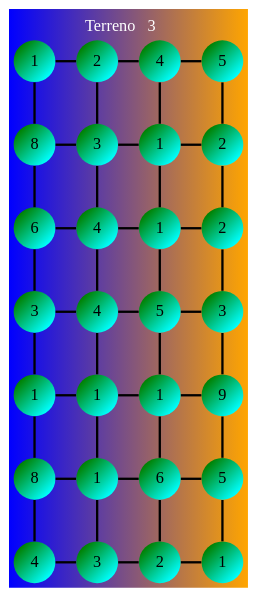
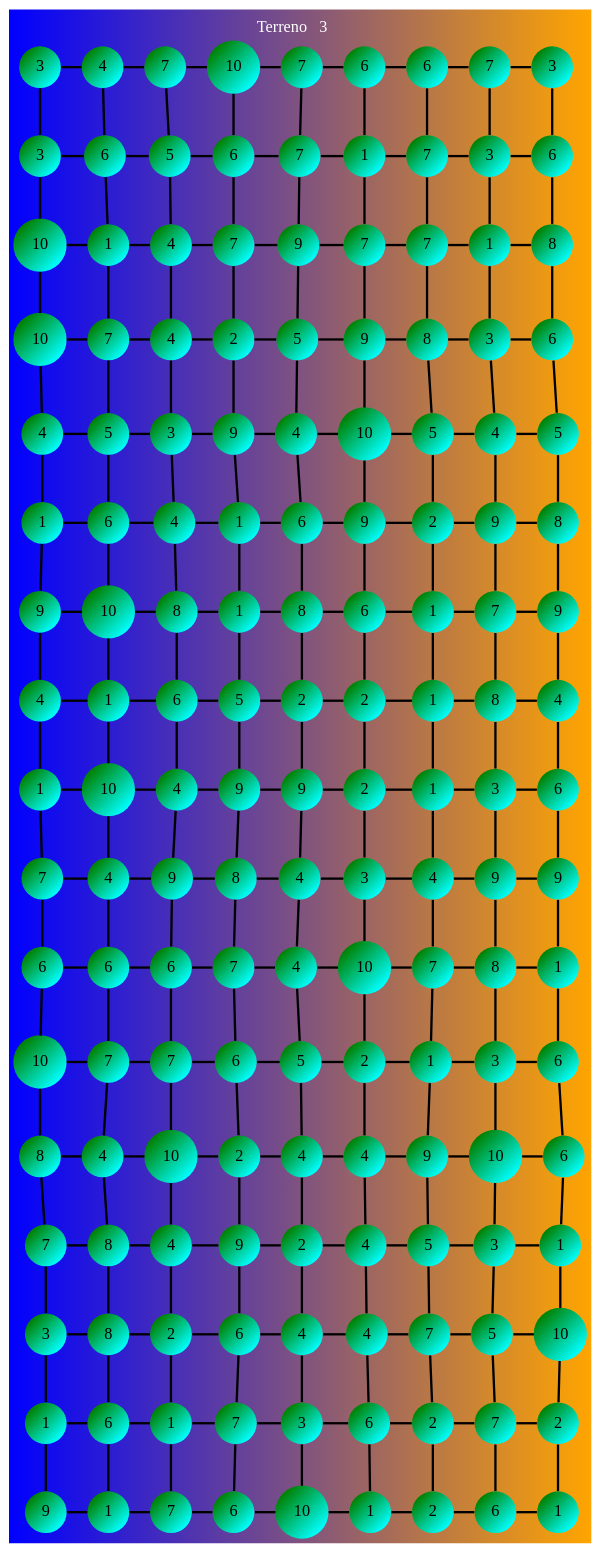
Before and after one commit to Alvaro-SP/IPC2_Proyecto1_202000194: the diagram in Graficos_generados/Grafico_3.dot, drawn with Graphviz. The commit also changed 20 other files, not shown here.

```diff
--- a/Graficos_generados/Grafico_3.dot
+++ b/Graficos_generados/Grafico_3.dot
@@ -1,51 +1,191 @@
 
         graph grid{
 	            layout=dot   
                 fontcolor="white" 
                 label=" Terreno   3    "    
                 labelloc = "t"
                 bgcolor="blue:orange"    
                 edge [weight=1000 style=radial color=black ]
                 node [shape=circle style="filled"  color="green:cyan" gradientangle="315"]
                 
                 edge [weight=1000 style=bold color=black]
 
-                    1 [ label="1" ]; 
-     2 [ label="2" ]; 
-     3 [ label="4" ]; 
-     4 [ label="5" ]; 
-     5 [ label="8" ]; 
-     6 [ label="3" ]; 
-     7 [ label="1" ]; 
-     8 [ label="2" ]; 
-     9 [ label="6" ]; 
-     10 [ label="4" ]; 
-     11 [ label="1" ]; 
-     12 [ label="2" ]; 
-     13 [ label="3" ]; 
-     14 [ label="4" ]; 
-     15 [ label="5" ]; 
-     16 [ label="3" ]; 
-     17 [ label="1" ]; 
-     18 [ label="1" ]; 
-     19 [ label="1" ]; 
-     20 [ label="9" ]; 
-     21 [ label="8" ]; 
-     22 [ label="1" ]; 
-     23 [ label="6" ]; 
-     24 [ label="5" ]; 
-     25 [ label="4" ]; 
-     26 [ label="3" ]; 
-     27 [ label="2" ]; 
-     28 [ label="1" ]; 
- rank=same { 1--2--3--4}
- rank=same {5--6--7--8}
- rank=same {9--10--11--12}
- rank=same {13--14--15--16}
- rank=same {17--18--19--20}
- rank=same {21--22--23--24}
- rank=same {25--26--27--28}
-1--5--9--13--17--21--25
-2--6--10--14--18--22--26
-3--7--11--15--19--23--27
-4--8--12--16--20--24--28}
+                    1 [ label="3" ]; 
+     2 [ label="4" ]; 
+     3 [ label="7" ]; 
+     4 [ label="10" ]; 
+     5 [ label="7" ]; 
+     6 [ label="6" ]; 
+     7 [ label="6" ]; 
+     8 [ label="7" ]; 
+     9 [ label="3" ]; 
+     10 [ label="3" ]; 
+     11 [ label="6" ]; 
+     12 [ label="5" ]; 
+     13 [ label="6" ]; 
+     14 [ label="7" ]; 
+     15 [ label="1" ]; 
+     16 [ label="7" ]; 
+     17 [ label="3" ]; 
+     18 [ label="6" ]; 
+     19 [ label="10" ]; 
+     20 [ label="1" ]; 
+     21 [ label="4" ]; 
+     22 [ label="7" ]; 
+     23 [ label="9" ]; 
+     24 [ label="7" ]; 
+     25 [ label="7" ]; 
+     26 [ label="1" ]; 
+     27 [ label="8" ]; 
+     28 [ label="10" ]; 
+     29 [ label="7" ]; 
+     30 [ label="4" ]; 
+     31 [ label="2" ]; 
+     32 [ label="5" ]; 
+     33 [ label="9" ]; 
+     34 [ label="8" ]; 
+     35 [ label="3" ]; 
+     36 [ label="6" ]; 
+     37 [ label="4" ]; 
+     38 [ label="5" ]; 
+     39 [ label="3" ]; 
+     40 [ label="9" ]; 
+     41 [ label="4" ]; 
+     42 [ label="10" ]; 
+     43 [ label="5" ]; 
+     44 [ label="4" ]; 
+     45 [ label="5" ]; 
+     46 [ label="1" ]; 
+     47 [ label="6" ]; 
+     48 [ label="4" ]; 
+     49 [ label="1" ]; 
+     50 [ label="6" ]; 
+     51 [ label="9" ]; 
+     52 [ label="2" ]; 
+     53 [ label="9" ]; 
+     54 [ label="8" ]; 
+     55 [ label="9" ]; 
+     56 [ label="10" ]; 
+     57 [ label="8" ]; 
+     58 [ label="1" ]; 
+     59 [ label="8" ]; 
+     60 [ label="6" ]; 
+     61 [ label="1" ]; 
+     62 [ label="7" ]; 
+     63 [ label="9" ]; 
+     64 [ label="4" ]; 
+     65 [ label="1" ]; 
+     66 [ label="6" ]; 
+     67 [ label="5" ]; 
+     68 [ label="2" ]; 
+     69 [ label="2" ]; 
+     70 [ label="1" ]; 
+     71 [ label="8" ]; 
+     72 [ label="4" ]; 
+     73 [ label="1" ]; 
+     74 [ label="10" ]; 
+     75 [ label="4" ]; 
+     76 [ label="9" ]; 
+     77 [ label="9" ]; 
+     78 [ label="2" ]; 
+     79 [ label="1" ]; 
+     80 [ label="3" ]; 
+     81 [ label="6" ]; 
+     82 [ label="7" ]; 
+     83 [ label="4" ]; 
+     84 [ label="9" ]; 
+     85 [ label="8" ]; 
+     86 [ label="4" ]; 
+     87 [ label="3" ]; 
+     88 [ label="4" ]; 
+     89 [ label="9" ]; 
+     90 [ label="9" ]; 
+     91 [ label="6" ]; 
+     92 [ label="6" ]; 
+     93 [ label="6" ]; 
+     94 [ label="7" ]; 
+     95 [ label="4" ]; 
+     96 [ label="10" ]; 
+     97 [ label="7" ]; 
+     98 [ label="8" ]; 
+     99 [ label="1" ]; 
+     100 [ label="10" ]; 
+     101 [ label="7" ]; 
+     102 [ label="7" ]; 
+     103 [ label="6" ]; 
+     104 [ label="5" ]; 
+     105 [ label="2" ]; 
+     106 [ label="1" ]; 
+     107 [ label="3" ]; 
+     108 [ label="6" ]; 
+     109 [ label="8" ]; 
+     110 [ label="4" ]; 
+     111 [ label="10" ]; 
+     112 [ label="2" ]; 
+     113 [ label="4" ]; 
+     114 [ label="4" ]; 
+     115 [ label="9" ]; 
+     116 [ label="10" ]; 
+     117 [ label="6" ]; 
+     118 [ label="7" ]; 
+     119 [ label="8" ]; 
+     120 [ label="4" ]; 
+     121 [ label="9" ]; 
+     122 [ label="2" ]; 
+     123 [ label="4" ]; 
+     124 [ label="5" ]; 
+     125 [ label="3" ]; 
+     126 [ label="1" ]; 
+     127 [ label="3" ]; 
+     128 [ label="8" ]; 
+     129 [ label="2" ]; 
+     130 [ label="6" ]; 
+     131 [ label="4" ]; 
+     132 [ label="4" ]; 
+     133 [ label="7" ]; 
+     134 [ label="5" ]; 
+     135 [ label="10" ]; 
+     136 [ label="1" ]; 
+     137 [ label="6" ]; 
+     138 [ label="1" ]; 
+     139 [ label="7" ]; 
+     140 [ label="3" ]; 
+     141 [ label="6" ]; 
+     142 [ label="2" ]; 
+     143 [ label="7" ]; 
+     144 [ label="2" ]; 
+     145 [ label="9" ]; 
+     146 [ label="1" ]; 
+     147 [ label="7" ]; 
+     148 [ label="6" ]; 
+     149 [ label="10" ]; 
+     150 [ label="1" ]; 
+     151 [ label="2" ]; 
+     152 [ label="6" ]; 
+     153 [ label="1" ]; 
+ rank=same { 1--2--3--4--5--6--7--8--9}
+ rank=same {10--11--12--13--14--15--16--17--18}
+ rank=same {19--20--21--22--23--24--25--26--27}
+ rank=same {28--29--30--31--32--33--34--35--36}
+ rank=same {37--38--39--40--41--42--43--44--45}
+ rank=same {46--47--48--49--50--51--52--53--54}
+ rank=same {55--56--57--58--59--60--61--62--63}
+ rank=same {64--65--66--67--68--69--70--71--72}
+ rank=same {73--74--75--76--77--78--79--80--81}
+ rank=same {82--83--84--85--86--87--88--89--90}
+ rank=same {91--92--93--94--95--96--97--98--99}
+ rank=same {100--101--102--103--104--105--106--107--108}
+ rank=same {109--110--111--112--113--114--115--116--117}
+ rank=same {118--119--120--121--122--123--124--125--126}
+ rank=same {127--128--129--130--131--132--133--134--135}
+ rank=same {136--137--138--139--140--141--142--143--144}
+ rank=same {145--146--147--148--149--150--151--152--153}
+1--10--19--28--37--46--55--64--73--82--91--100--109--118--127--136--145
+2--11--20--29--38--47--56--65--74--83--92--101--110--119--128--137--146
+3--12--21--30--39--48--57--66--75--84--93--102--111--120--129--138--147
+4--13--22--31--40--49--58--67--76--85--94--103--112--121--130--139--148
+5--14--23--32--41--50--59--68--77--86--95--104--113--122--131--140--149
+6--15--24--33--42--51--60--69--78--87--96--105--114--123--132--141--150
+7--16--25--34--43--52--61--70--79--88--97--106--115--124--133--142--151
+8--17--26--35--44--53--62--71--80--89--98--107--116--125--134--143--152
+9--18--27--36--45--54--63--72--81--90--99--108--117--126--135--144--153}
```
